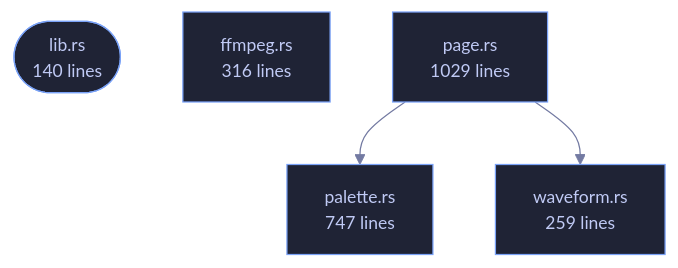
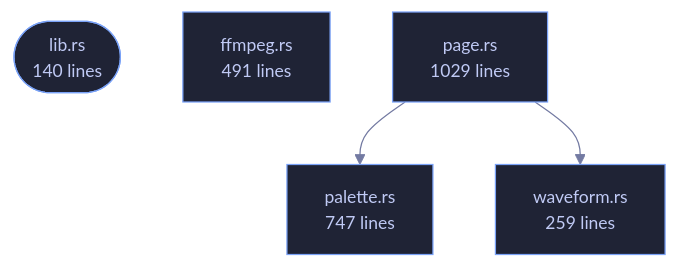
Before and after one commit to tilas01/veilvoice: the diagram in crates/veilvoice-video/README.md, drawn with Mermaid. The commit also changed other lines of this file and 31 other files, not shown here.

First line of the commit message:
cli: roadmap items 87, 88, 89 and 93, an interview from recording to video

````diff
--- a/crates/veilvoice-video/README.md
+++ b/crates/veilvoice-video/README.md
@@ -90,16 +90,16 @@
 ```mermaid
 %%{init: {"theme":"base","themeVariables":{"background":"#1a1b26","primaryColor":"#1f2335","primaryTextColor":"#c0caf5","primaryBorderColor":"#7aa2f7","secondaryColor":"#16161e","tertiaryColor":"#16161e","lineColor":"#737aa2","textColor":"#c0caf5","mainBkg":"#1f2335","nodeBorder":"#7aa2f7","clusterBkg":"#16161e","clusterBorder":"#2f3549","fontFamily":"ui-monospace, SFMono-Regular, Consolas, monospace","fontSize":"14px"}}}%%
 flowchart TD
     n_lib(["lib.rs<br/>140 lines"])
-    n_ffmpeg["ffmpeg.rs<br/>316 lines"]
+    n_ffmpeg["ffmpeg.rs<br/>491 lines"]
     n_page["page.rs<br/>1029 lines"]
     n_palette["palette.rs<br/>747 lines"]
     n_waveform["waveform.rs<br/>259 lines"]
     n_page --> n_palette
     n_page --> n_waveform
     click n_lib href "https://github.com/tilas01/veilvoice/blob/main/crates/veilvoice-video/src/lib.rs" "open the source"
     click n_ffmpeg href "https://github.com/tilas01/veilvoice/blob/main/crates/veilvoice-video/src/ffmpeg.rs" "open the source"
     click n_page href "https://github.com/tilas01/veilvoice/blob/main/crates/veilvoice-video/src/page.rs" "open the source"
     click n_palette href "https://github.com/tilas01/veilvoice/blob/main/crates/veilvoice-video/src/palette.rs" "open the source"
     click n_waveform href "https://github.com/tilas01/veilvoice/blob/main/crates/veilvoice-video/src/waveform.rs" "open the source"
 ```
````
